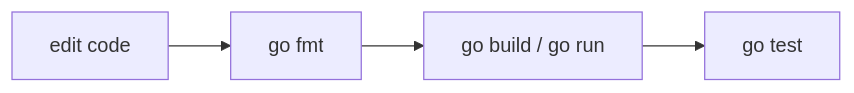
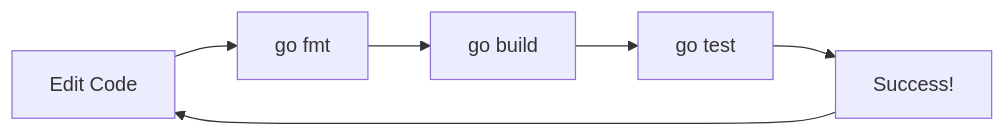
Before and after one commit to rasel9t6/the-go-engineer: the diagram in 01-getting-started/4-dev-environment/README.md, drawn with Mermaid. The commit also changed other lines of this file and 15 other files, not shown here.

````diff
--- a/01-getting-started/4-dev-environment/README.md
+++ b/01-getting-started/4-dev-environment/README.md
@@ -24,6 +22,8 @@
 ```mermaid
 graph LR
-    A["edit code"] --> B["go fmt"]
-    B --> C["go build / go run"]
+    A["Edit Code"] --> B["go fmt"]
+    B --> C["go build"]
     C --> D["go test"]
+    D --> E["Success!"]
+    E --> A
 ```
````
